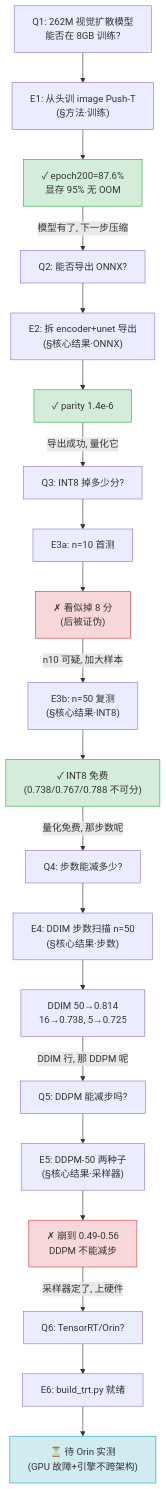
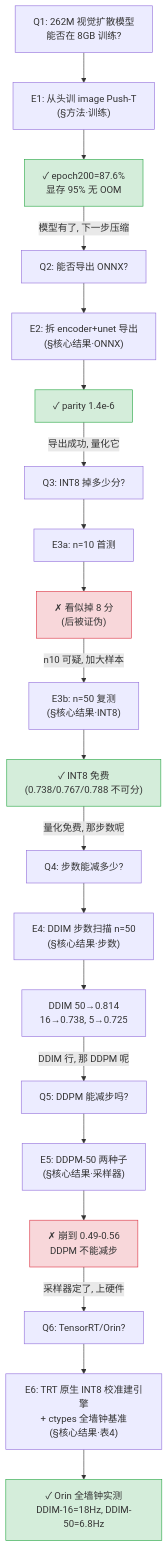
One commit to ranpin/homebot-wm changed the second of 2 diagrams in docs/compression/README.md. Above: the diagram before and after it, drawn with Mermaid. The commit also changed other lines of this file and 9 other files, not shown here.

````diff
--- a/docs/compression/README.md
+++ b/docs/compression/README.md
@@ -71,29 +71,29 @@
 ```mermaid
 flowchart TD
     Q1["Q1: 262M 视觉扩散模型<br/>能否在 8GB 训练?"] --> E1["E1: 从头训 image Push-T<br/>(§方法·训练)"]
     E1 --> R1["✓ epoch200=87.6%<br/>显存 95% 无 OOM"]
     R1 -->|"模型有了, 下一步压缩"| Q2["Q2: 能否导出 ONNX?"]
     Q2 --> E2["E2: 拆 encoder+unet 导出<br/>(§核心结果·ONNX)"]
     E2 --> R2["✓ parity 1.4e-6"]
     R2 -->|"导出成功, 量化它"| Q3["Q3: INT8 掉多少分?"]
     Q3 --> E3a["E3a: n=10 首测"]
     E3a --> R3a["✗ 看似掉 8 分<br/>(后被证伪)"]
     R3a -->|"n10 可疑, 加大样本"| E3b["E3b: n=50 复测<br/>(§核心结果·INT8)"]
     E3b --> R3b["✓ INT8 免费<br/>(0.738/0.767/0.788 不可分)"]
     R3b -->|"量化免费, 那步数呢"| Q4["Q4: 步数能减多少?"]
     Q4 --> E4["E4: DDIM 步数扫描 n=50<br/>(§核心结果·步数)"]
     E4 --> R4["DDIM 50→0.814<br/>16→0.738, 5→0.725"]
     R4 -->|"DDIM 行, 那 DDPM 呢"| Q5["Q5: DDPM 能减步吗?"]
     Q5 --> E5["E5: DDPM-50 两种子<br/>(§核心结果·采样器)"]
     E5 --> R5["✗ 崩到 0.49-0.56<br/>DDPM 不能减步"]
     R5 -->|"采样器定了, 上硬件"| Q6["Q6: TensorRT/Orin?"]
-    Q6 --> E6["E6: build_trt.py 就绪"]
-    E6 --> R6["⏳ 待 Orin 实测<br/>(GPU 故障+引擎不跨架构)"]
+    Q6 --> E6["E6: TRT 原生 INT8 校准建引擎<br/>+ ctypes 全墙钟基准<br/>(§核心结果·表4)"]
+    E6 --> R6["✓ Orin 全墙钟实测<br/>DDIM-16=18Hz, DDIM-50=6.8Hz"]
 
     style R3a fill:#f8d7da,stroke:#dc3545
     style R5 fill:#f8d7da,stroke:#dc3545
-    style R6 fill:#d1ecf1,stroke:#17a2b8
     style R1 fill:#d4edda,stroke:#28a745
     style R2 fill:#d4edda,stroke:#28a745
     style R3b fill:#d4edda,stroke:#28a745
+    style R6 fill:#d4edda,stroke:#28a745
 ```
````
